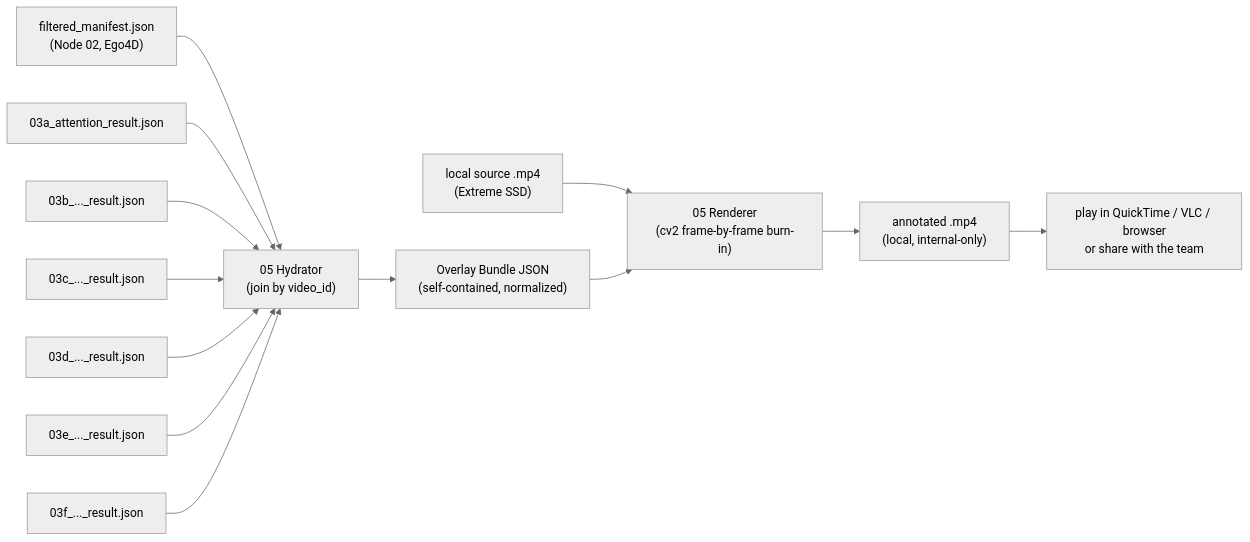
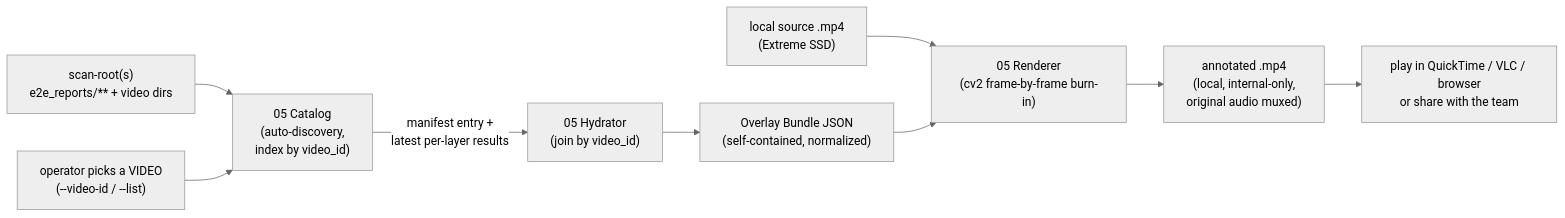
The diagram in docs/05_signal_visualizer.md (yelouis/social_robotics), drawn with Mermaid (neutral theme) before and after one commit. The commit also changed other lines of this file, not shown here.

Commit message:
docs: document D4 video-first discovery and D5 audio preservation designs

````diff
--- a/docs/05_signal_visualizer.md
+++ b/docs/05_signal_visualizer.md
@@ -49,15 +58,11 @@
 ```mermaid
 graph LR
-    M["filtered_manifest.json<br/>(Node 02, Ego4D)"] --> H["05 Hydrator<br/>(join by video_id)"]
-    A["03a_attention_result.json"] --> H
-    B["03b_..._result.json"] --> H
-    C["03c_..._result.json"] --> H
-    D["03d_..._result.json"] --> H
-    E["03e_..._result.json"] --> H
-    F["03f_..._result.json"] --> H
+    SCAN["scan-root(s)<br/>e2e_reports/** + video dirs"] --> CAT["05 Catalog<br/>(auto-discovery,<br/>index by video_id)"]
+    SEL["operator picks a VIDEO<br/>(--video-id / --list)"] --> CAT
+    CAT -->|"manifest entry +<br/>latest per-layer results"| H["05 Hydrator<br/>(join by video_id)"]
     H --> OB["Overlay Bundle JSON<br/>(self-contained, normalized)"]
     V["local source .mp4<br/>(Extreme SSD)"] --> R["05 Renderer<br/>(cv2 frame-by-frame burn-in)"]
     OB --> R
-    R --> OUT["annotated .mp4<br/>(local, internal-only)"]
+    R --> OUT["annotated .mp4<br/>(local, internal-only,<br/>original audio muxed)"]
     OUT --> PLAY["play in QuickTime / VLC / browser<br/>or share with the team"]
 ```
````
